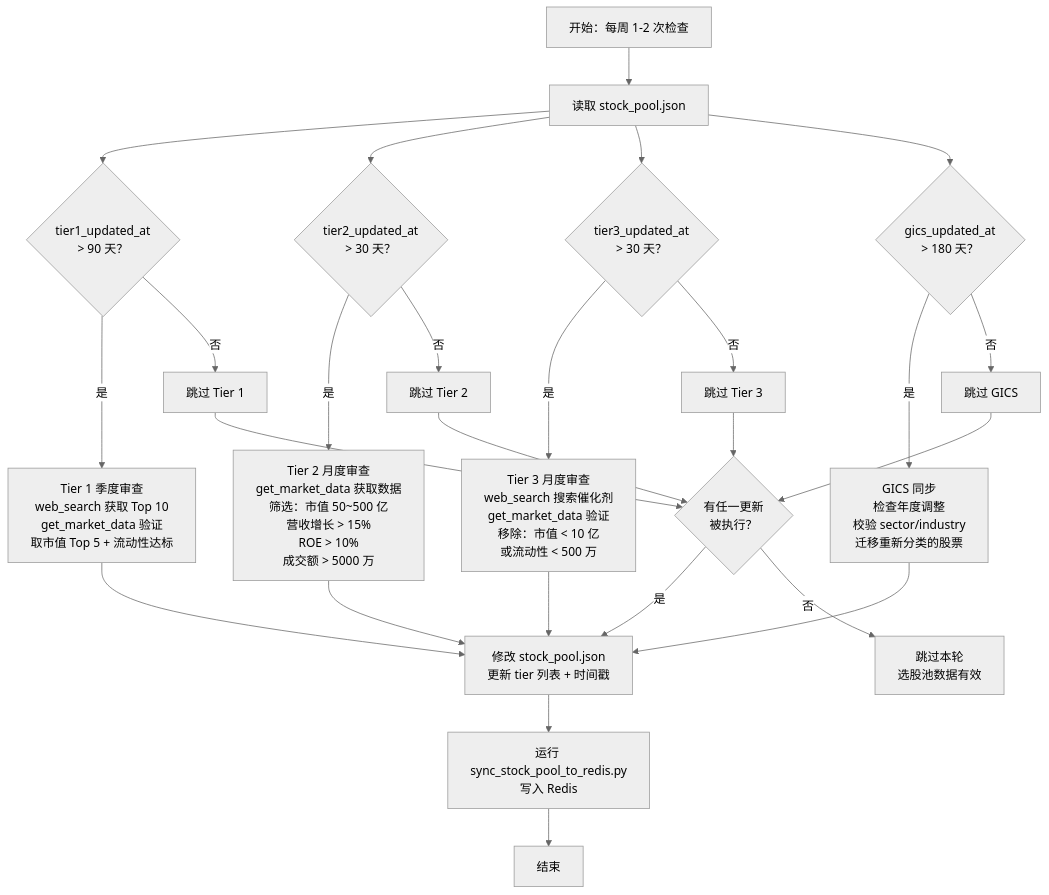
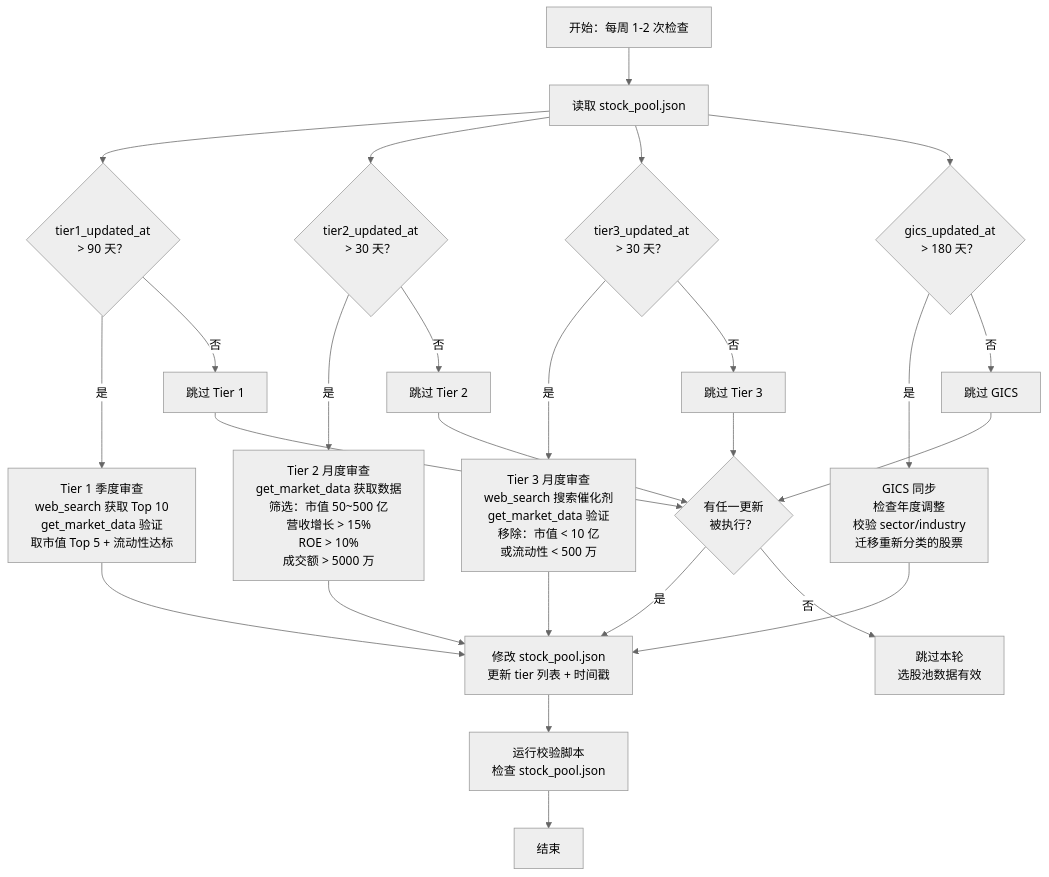
The diagram in docs/调仓/美股选股池管理.md (tiger3927/tiger-stock-strategy-analysis), drawn with Mermaid (neutral theme) before and after one commit. The commit also changed other lines of this file and 22 other files, not shown here.

````diff
--- a/docs/调仓/美股选股池管理.md
+++ b/docs/调仓/美股选股池管理.md
@@ -25,32 +25,32 @@
 ```mermaid
 flowchart TD
     A["开始：每周 1-2 次检查"] --> B["读取 stock_pool.json"]
     B --> C{"tier1_updated_at<br>> 90 天？"}
     B --> D{"tier2_updated_at<br>> 30 天？"}
     B --> E{"tier3_updated_at<br>> 30 天？"}
     B --> F{"gics_updated_at<br>> 180 天？"}
 
     C -->|是| G["Tier 1 季度审查<br>web_search 获取 Top 10<br>get_market_data 验证<br>取市值 Top 5 + 流动性达标"]
     C -->|否| H["跳过 Tier 1"]
     D -->|是| I["Tier 2 月度审查<br>get_market_data 获取数据<br>筛选：市值 50~500 亿<br>营收增长 > 15%<br>ROE > 10%<br>成交额 > 5000 万"]
     D -->|否| J["跳过 Tier 2"]
     E -->|是| K["Tier 3 月度审查<br>web_search 搜索催化剂<br>get_market_data 验证<br>移除：市值 < 10 亿<br>或流动性 < 500 万"]
     E -->|否| L["跳过 Tier 3"]
     F -->|是| M["GICS 同步<br>检查年度调整<br>校验 sector/industry<br>迁移重新分类的股票"]
     F -->|否| N["跳过 GICS"]
 
     G --> O["修改 stock_pool.json<br>更新 tier 列表 + 时间戳"]
     I --> O
     K --> O
     M --> O
 
-    O --> P["运行 sync_stock_pool_to_redis.py<br>写入 Redis"]
+    O --> P["运行校验脚本<br>检查 stock_pool.json"]
     P --> Q["结束"]
 
     H --> R{"有任一更新<br>被执行？"}
     J --> R
     L --> R
     N --> R
     R -->|是| O
     R -->|否| S["跳过本轮<br>选股池数据有效"]
 ```
````
